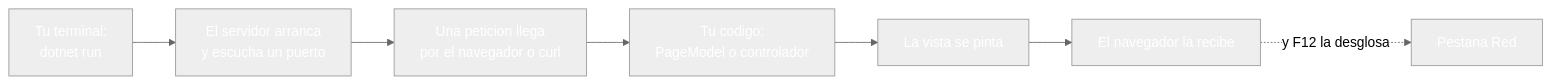
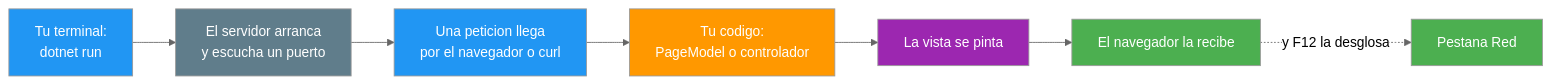
Before and after one commit to joseluisgs/DesarrolloWebEntornosServidor-03-2026-2027: the first of 6 diagrams in 23-herramientas-debug.md, drawn with Mermaid (neutral theme). The commit also changed other lines of this file and 25 other files, not shown here.

Commit message:
docs: corregir los estilos Mermaid de los temas y alinear el dominio del tema 25 con ProductosApp

````diff
--- a/23-herramientas-debug.md
+++ b/23-herramientas-debug.md
@@ -65,16 +65,16 @@
 ```mermaid
 graph LR
     T["Tu terminal:<br/>dotnet run"] --> S["El servidor arranca<br/>y escucha un puerto"]
     S --> P["Una peticion llega<br/>por el navegador o curl"]
     P --> D["Tu codigo:<br/>PageModel o controlador"]
     D --> V["La vista se pinta"]
     V --> N["El navegador la recibe"]
     N -.->|"y F12 la desglosa"| F["Pestana Red"]
-    style T fill:#2196F,color:#fff3,color:#fff
-    style S fill:#607D8,color:#fffB,color:#fff
-    style P fill:#2196F,color:#fff3,color:#fff
-    style D fill:#FF980,color:#fff0,color:#fff
-    style V fill:#9C27B,color:#fff0,color:#fff
-    style N fill:#4CAF5,color:#fff0,color:#fff
-    style F fill:#4CAF5,color:#fff0,color:#fff
+    style T fill:#2196F3,color:#fff
+    style S fill:#607D8B,color:#fff
+    style P fill:#2196F3,color:#fff
+    style D fill:#FF9800,color:#fff
+    style V fill:#9C27B0,color:#fff
+    style N fill:#4CAF50,color:#fff
+    style F fill:#4CAF50,color:#fff
 ```
````
